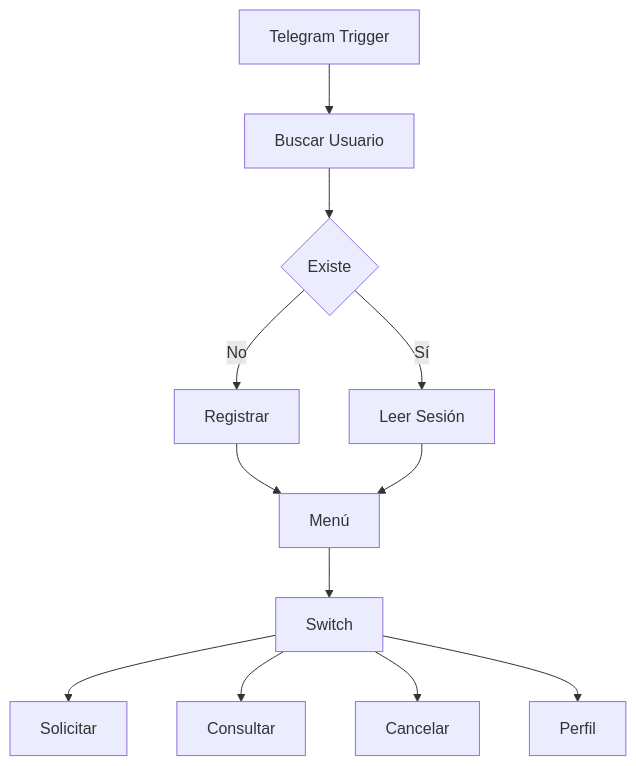
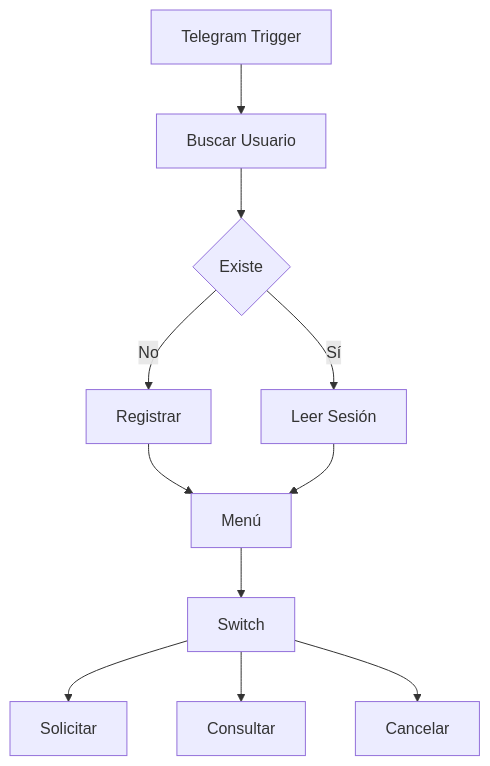
Before and after one commit to ixenbrandonestiben-lang/Proyecto_TutorBot_Ixen-Estiben-y-Catu-wilder: the second of 3 diagrams in README.md, drawn with Mermaid. The commit also changed other lines of this file and 7 other files, not shown here.

````diff
--- a/README.md
+++ b/README.md
@@ -272,27 +264,25 @@
 ```mermaid
 flowchart TD
 
 A[Telegram Trigger]
 
 A --> B[Buscar Usuario]
 
 B --> C{Existe}
 
 C -->|No| D[Registrar]
 
 C -->|Sí| E[Leer Sesión]
 
 D --> F[Menú]
 
 E --> F
 
 F --> G[Switch]
 
 G --> H[Solicitar]
 
 G --> I[Consultar]
 
 G --> J[Cancelar]
-
-G --> K[Perfil]
 ```
````
